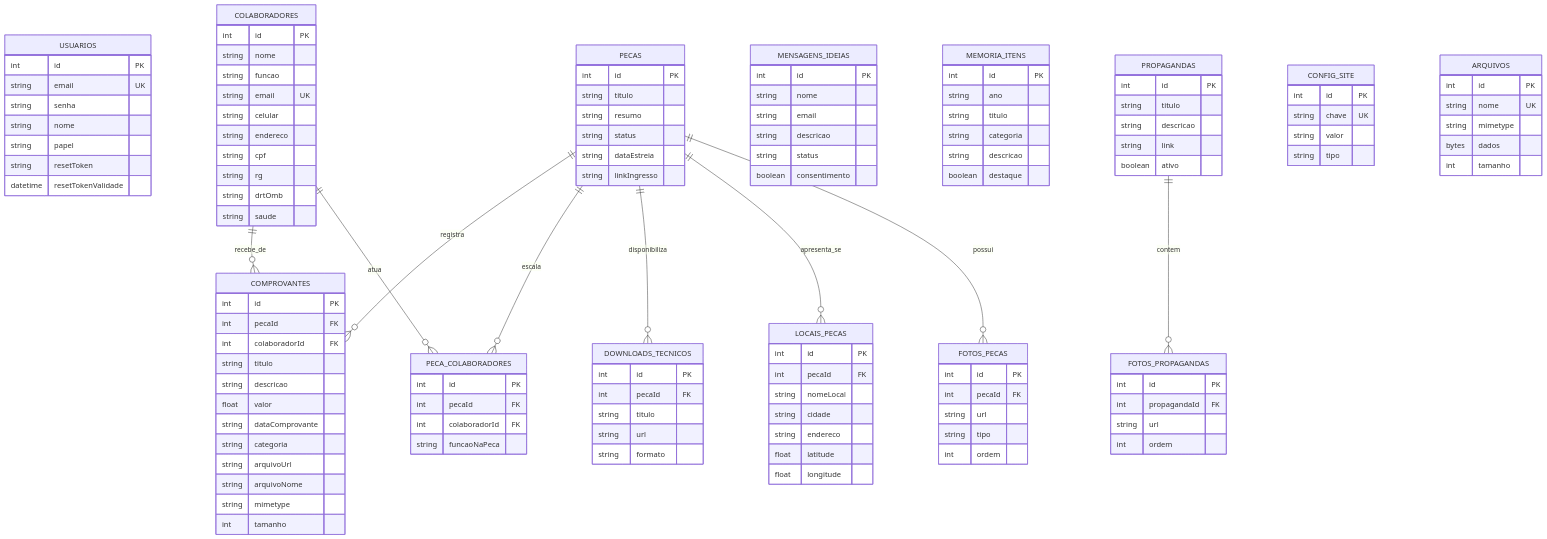
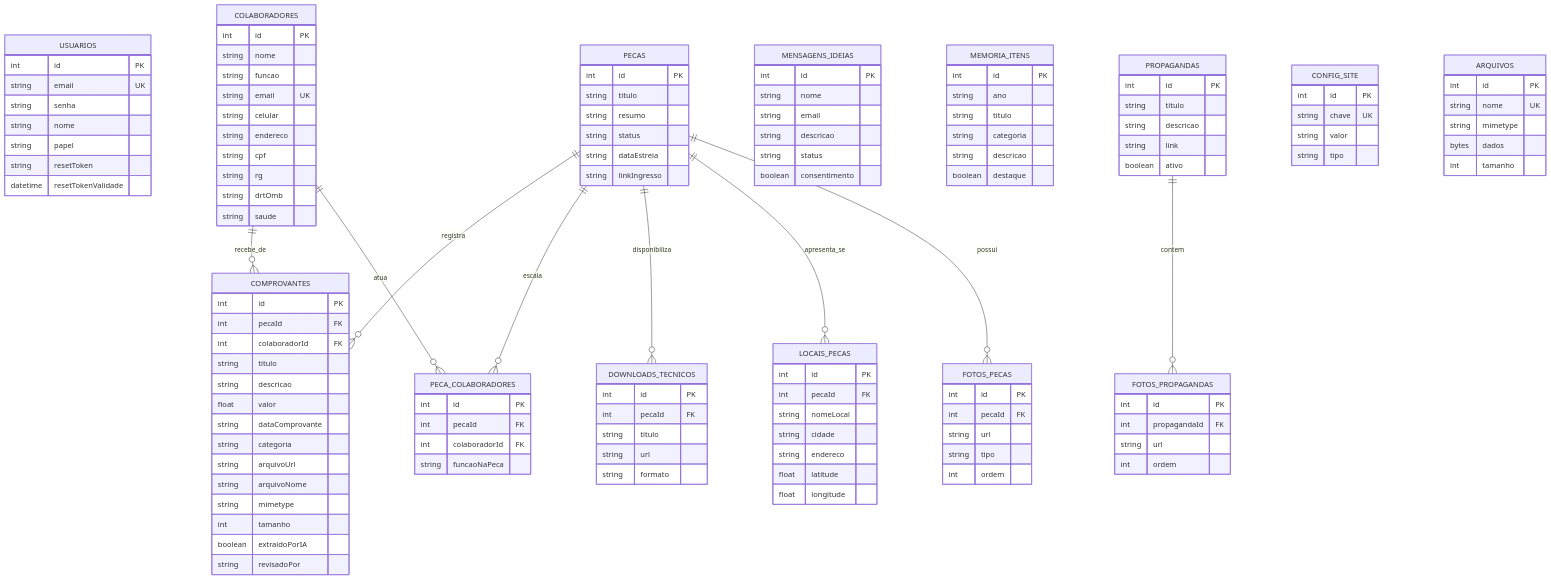
The fourth of 4 diagrams in exercicio_2_arquitetura_modelagem.md (pfFabio/projeto_teatro), drawn with Mermaid before and after one commit. The commit also changed other lines of this file and 19 other files, not shown here.

```diff
--- a/exercicio_2_arquitetura_modelagem.md
+++ b/exercicio_2_arquitetura_modelagem.md
@@ -394,6 +396,8 @@
         string arquivoNome
         string mimetype
         int tamanho
+        boolean extraidoPorIA
+        string revisadoPor
     }
 
     PECAS ||--o{ FOTOS_PECAS : possui
```
